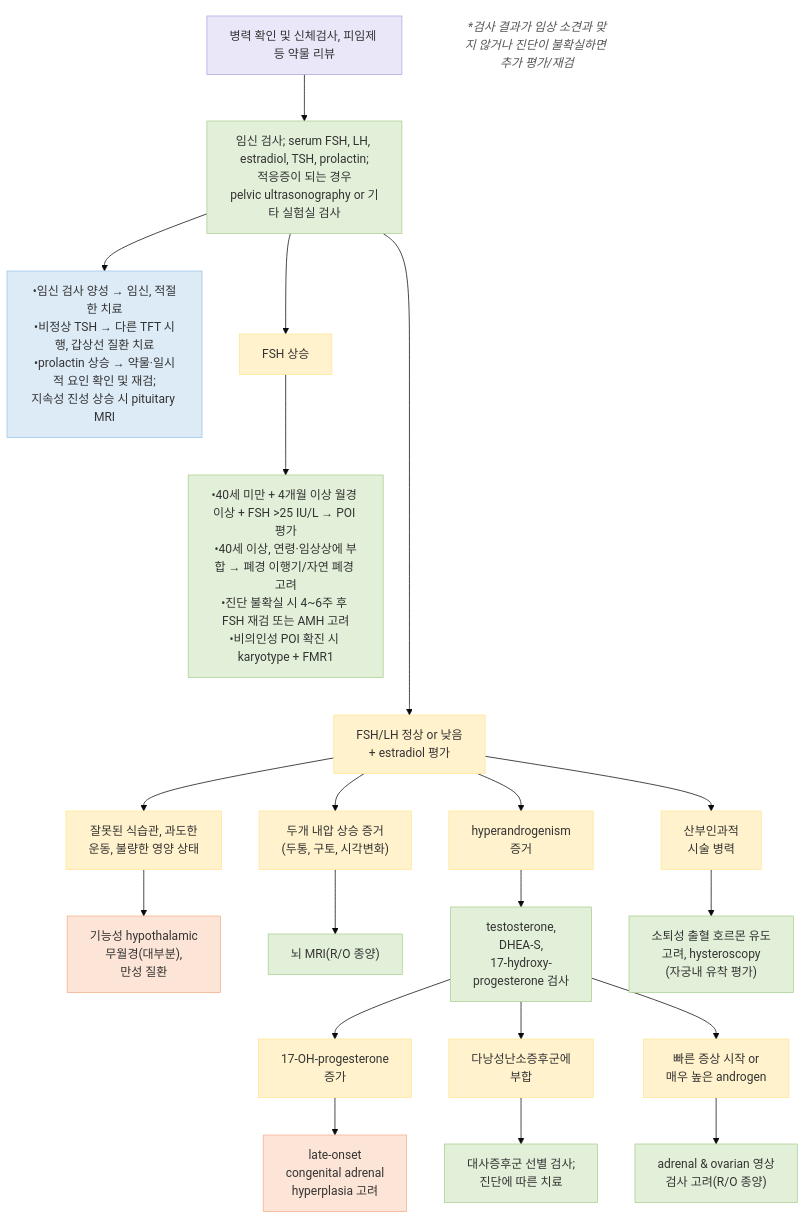
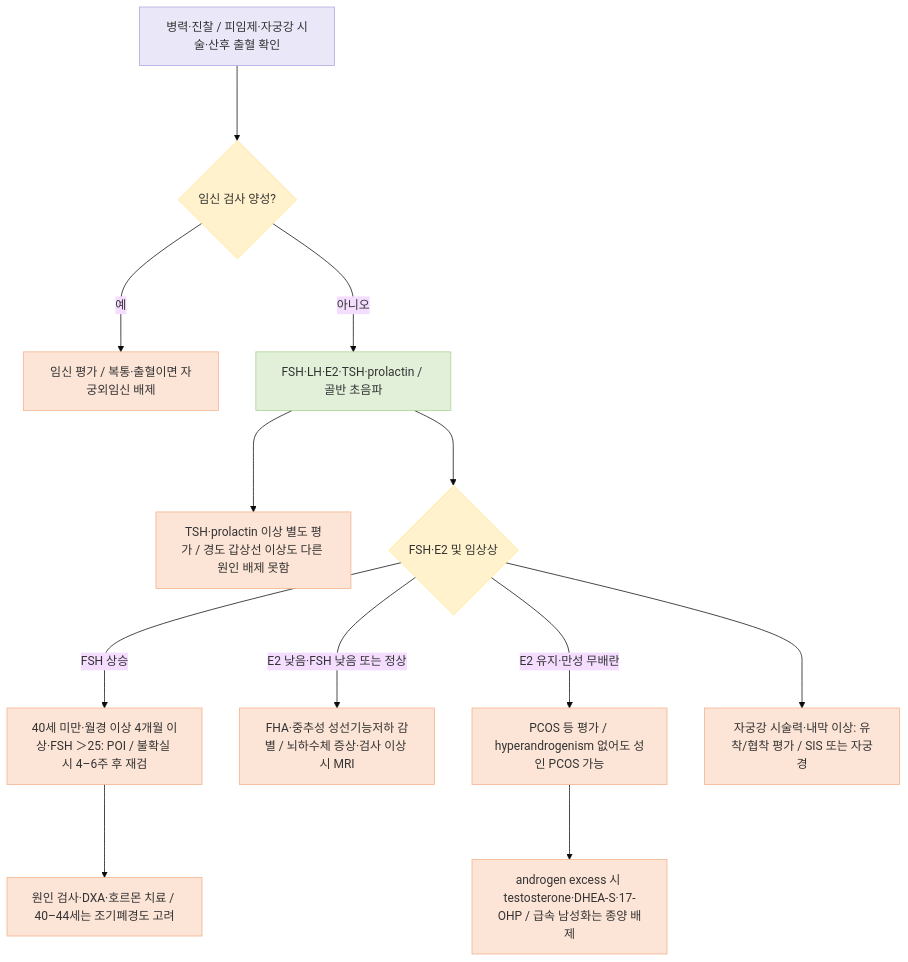
The second of 2 diagrams in 227_/130_-amenorrhea.md (familyoh77/familyoh77), drawn with Mermaid (base theme) before and after one commit. The commit also changed other lines of this file and 3 other files, not shown here.

````diff
--- a/227_/130_-amenorrhea.md
+++ b/227_/130_-amenorrhea.md
@@ -142,49 +136,22 @@
 ```mermaid
 flowchart TD
-    A["병력 확인 및 신체검사, 피임제 등 약물 리뷰"] --> B["임신 검사; serum FSH, LH, estradiol, TSH, prolactin;<br>적응증이 되는 경우<br>pelvic ultrasonography or 기타 실험실 검사"]
-
-    B --> C["•임신 검사 양성 → 임신, 적절한 치료<br>•비정상 TSH → 다른 TFT 시행, 갑상선 질환 치료<br>•prolactin 상승 → 약물·일시적 요인 확인 및 재검;<br>지속성 진성 상승 시 pituitary MRI"]
-    B ----> D["FSH/LH 정상 or 낮음<br>+ estradiol 평가"]
-    B --> E["FSH 상승"]
-
-    E --> E_sub["•40세 미만 + 4개월 이상 월경 이상 + FSH >25 IU/L → POI 평가<br>•40세 이상, 연령·임상상에 부합 → 폐경 이행기/자연 폐경 고려<br>•진단 불확실 시 4~6주 후 FSH 재검 또는 AMH 고려<br>•비의인성 POI 확진 시 karyotype + FMR1"]
-
-    %% 정상 or 낮은 FSH or LH 하위 4개 분기
-    D --> D1["잘못된 식습관, 과도한<br>운동, 불량한 영양 상태"]
-    D --> D2["두개 내압 상승 증거<br>(두통, 구토, 시각변화)"]
-    D --> D3["hyperandrogenism<br>증거"]
-    D --> D4["산부인과적<br>시술 병력"]
-
-    D1 --> D1_sub["기능성 hypothalamic<br>무월경(대부분),<br>만성 질환"]
-    D2 --> D2_sub["뇌 MRI(R/O 종양)"]
-    
-    D3 --> D3_sub["testosterone,<br>DHEA-S,<br>17-hydroxy-<br>progesterone 검사"]
-    
-    D3_sub --> D3_1["17-OH-progesterone<br>증가"]
-    D3_sub --> D3_2["다낭성난소증후군에<br>부합"]
-    D3_sub --> D3_3["빠른 증상 시작 or<br>매우 높은 androgen"]
-
-    D3_1 --> D3_1_sub["late-onset<br>congenital adrenal<br>hyperplasia 고려"]
-    D3_2 --> D3_2_sub["대사증후군 선별 검사;<br>진단에 따른 치료"]
-    D3_3 --> D3_3_sub["adrenal & ovarian 영상<br>검사 고려(R/O 종양)"]
-
-    D4 --> D4_sub["소퇴성 출혈 호르몬 유도<br>고려, hysteroscopy<br>(자궁내 유착 평가)"]
-
-    %% 하단 주석
-    FOOTNOTE["*검사 결과가 임상 소견과 맞지 않거나 진단이 불확실하면 추가 평가/재검"]
-
-    %% 색상 및 스타일 지정
-    classDef purple fill:#EAE8F8,stroke:#B0A3E0,color:#333
-    classDef green fill:#E2F0D9,stroke:#A9D08E,color:#333
-    classDef blue fill:#DDEBF7,stroke:#9BC2E6,color:#333
-    classDef yellow fill:#FFF2CC,stroke:#FFE699,color:#333
-    classDef pink fill:#FCE4D6,stroke:#F4B08A,color:#333
-    classDef note fill:none,stroke:none,color:#555,font-style:italic
-
-    class A purple
-    class B,E_sub,D2_sub,D3_sub,D3_2_sub,D3_3_sub,D4_sub green
-    class C blue
-    class D,E,D1,D2,D3,D4,D3_1,D3_2,D3_3 yellow
-    class D1_sub,D3_1_sub pink
-    class FOOTNOTE note
+    A["병력·진찰 / 피임제·자궁강 시술·산후 출혈 확인"] ---> B{"임신 검사 양성?"}
+    B -- 예 ---> P["임신 평가 / 복통·출혈이면 자궁외임신 배제"]
+    B -- 아니오 ---> C["FSH·LH·E2·TSH·prolactin / 골반 초음파"]
+    C ---> T["TSH·prolactin 이상 별도 평가 / 경도 갑상선 이상도 다른 원인 배제 못함"]
+    C ---> D{"FSH·E2 및 임상상"}
+    D -- FSH 상승 ---> O["40세 미만·월경 이상 4개월 이상·FSH ＞25: POI / 불확실 시 4–6주 후 재검"]
+    O ---> O2["원인 검사·DXA·호르몬 치료 / 40–44세는 조기폐경도 고려"]
+    D -- E2 낮음·FSH 낮음 또는 정상 ---> L["FHA·중추성 성선기능저하 감별 / 뇌하수체 증상·검사 이상 시 MRI"]
+    D -- E2 유지·만성 무배란 ---> N["PCOS 등 평가 / hyperandrogenism 없어도 성인 PCOS 가능"]
+    N ---> N2["androgen excess 시 testosterone·DHEA-S·17-OHP / 급속 남성화는 종양 배제"]
+    D ---> V["자궁강 시술력·내막 이상: 유착/협착 평가 / SIS 또는 자궁경"]
+    classDef start fill:#EAE8F8,stroke:#B0A3E0,color:#333
+    classDef test fill:#E2F0D9,stroke:#A9D08E,color:#333
+    classDef decision fill:#FFF2CC,stroke:#FFE699,color:#333
+    classDef action fill:#FCE4D6,stroke:#F4B08A,color:#333
+    class A start
+    class C test
+    class B,D decision
+    class P,T,O,O2,L,N,N2,V action
 ```
````
